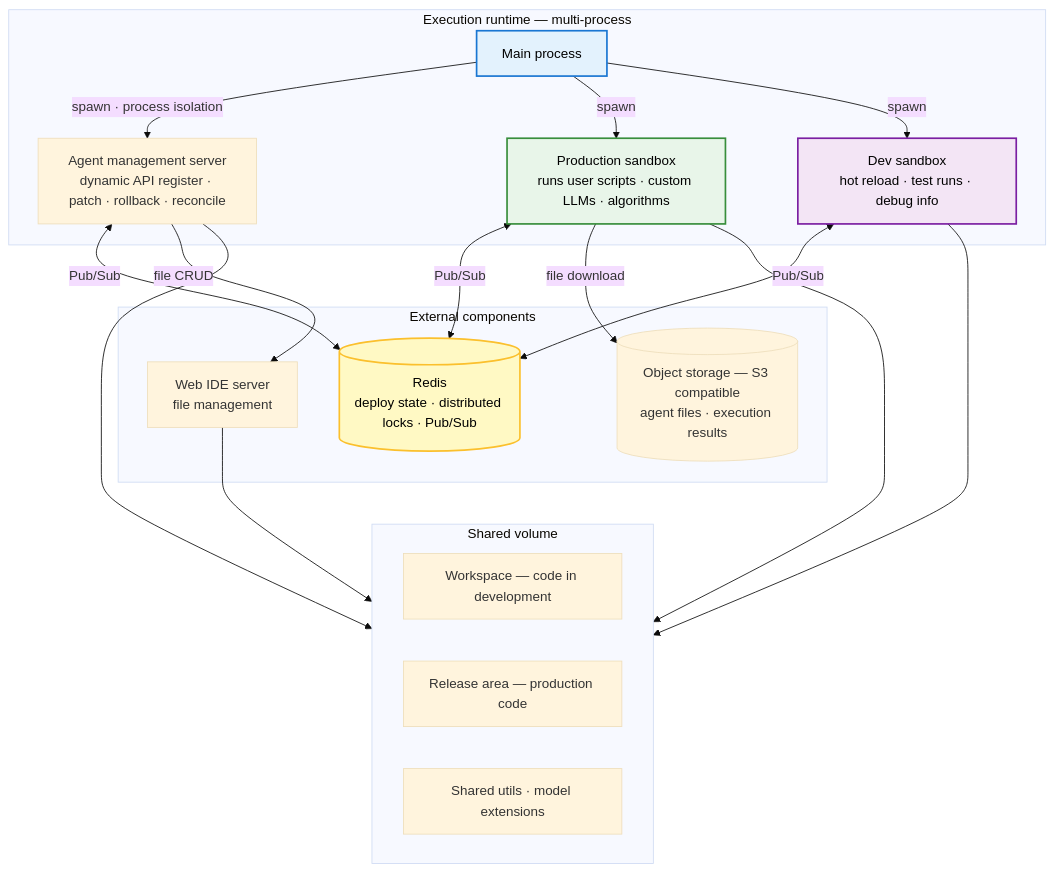
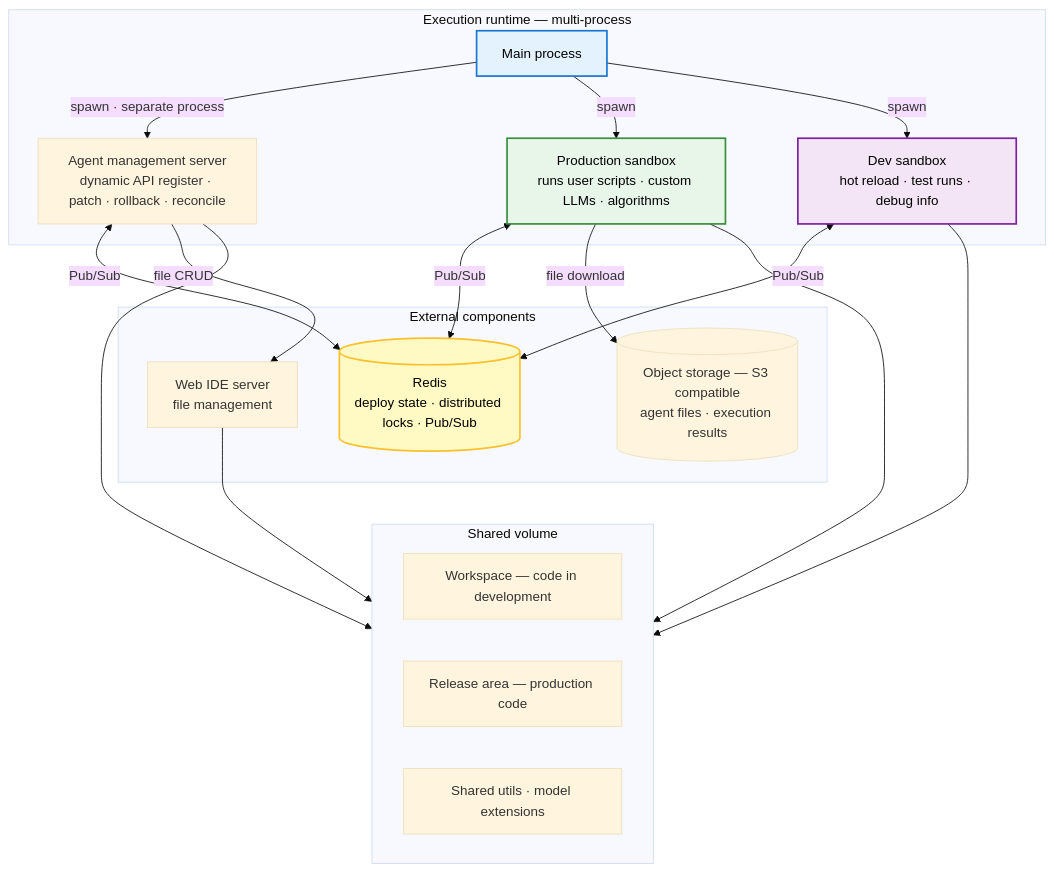
One commit to comsa33/porfolio-site changed the diagram in public/architecture/pyrunner/system-architecture-en.mmd. Above: the diagram before and after it, drawn with Mermaid (base theme). The commit also changed 7 other files, not shown here.

Commit message:
content: drop unsupported claims from the architecture diagrams

```diff
--- a/public/architecture/pyrunner/system-architecture-en.mmd
+++ b/public/architecture/pyrunner/system-architecture-en.mmd
@@ -1,34 +1,34 @@
 flowchart TD
     subgraph P[Execution runtime — multi-process]
         Main[Main process]
-        Main -->|spawn · process isolation| Agent[Agent management server<br/>dynamic API register · patch · rollback · reconcile]
+        Main -->|spawn · separate process| Agent[Agent management server<br/>dynamic API register · patch · rollback · reconcile]
         Main -->|spawn| Prod[Production sandbox<br/>runs user scripts · custom LLMs · algorithms]
         Main -->|spawn| Dev[Dev sandbox<br/>hot reload · test runs · debug info]
     end
 
     subgraph Ext[External components]
         Redis[(Redis<br/>deploy state · distributed locks · Pub/Sub)]
         Obj[(Object storage — S3 compatible<br/>agent files · execution results)]
         IDE[Web IDE server<br/>file management]
     end
 
     subgraph Vol[Shared volume]
         WS[Workspace — code in development]
         PR[Release area — production code]
         CM[Shared utils · model extensions]
     end
 
     Agent <-->|Pub/Sub| Redis
     Prod <-->|Pub/Sub| Redis
     Dev <-->|Pub/Sub| Redis
     Agent -->|file CRUD| IDE
     Agent --> Vol
     Prod --> Vol
     Dev --> Vol
     Prod -->|file download| Obj
     IDE --> Vol
 
     style Main fill:#e3f2fd,stroke:#1976d2,stroke-width:2px,color:#000
     style Redis fill:#fff9c4,stroke:#fbc02d,stroke-width:2px,color:#000
     style Prod fill:#e8f5e9,stroke:#388e3c,stroke-width:2px,color:#000
     style Dev fill:#f3e5f5,stroke:#7b1fa2,stroke-width:2px,color:#000
```
